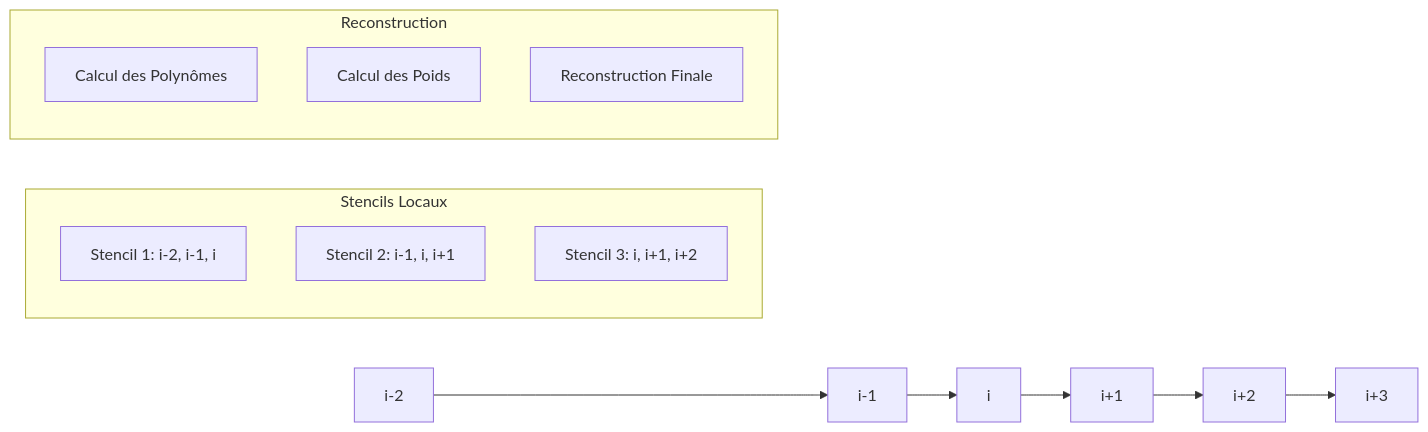
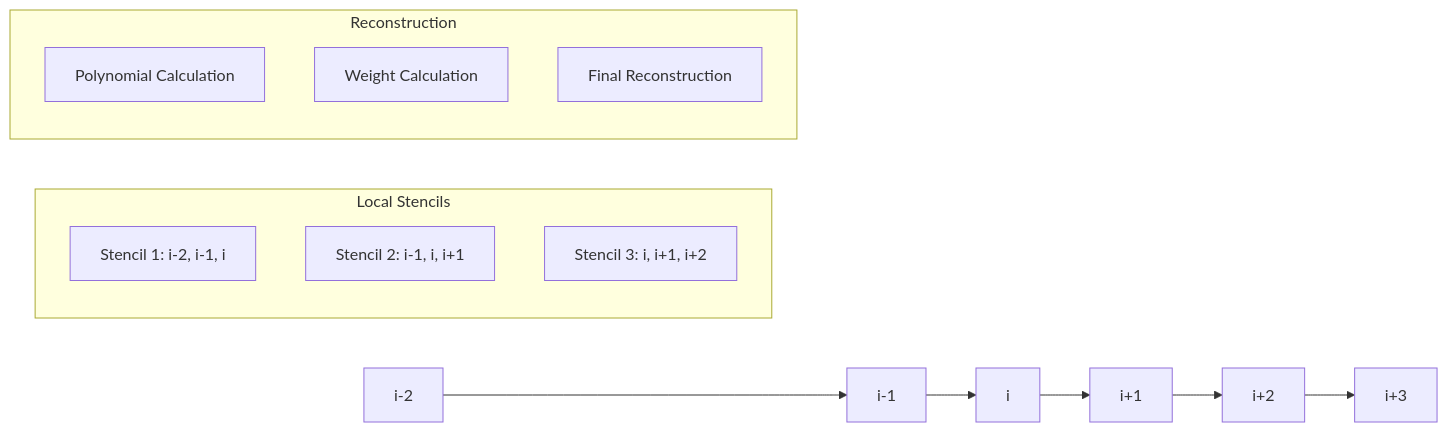
The fourth of 19 diagrams in docs/numerical_schemes.md (sbstndb/samurai), drawn with Mermaid before and after one commit. The commit also changed other lines of this file and 8 other files, not shown here.

````diff
--- a/docs/numerical_schemes.md
+++ b/docs/numerical_schemes.md
@@ -119,16 +119,16 @@
 ```mermaid
 graph LR
     A[i-2] --> B[i-1] --> C[i] --> D[i+1] --> E[i+2] --> F[i+3]
     
-    subgraph "Stencils Locaux"
+    subgraph "Local Stencils"
         G[Stencil 1: i-2, i-1, i]
         H[Stencil 2: i-1, i, i+1]
         I[Stencil 3: i, i+1, i+2]
     end
     
     subgraph "Reconstruction"
-        J[Calcul des Polynômes]
-        K[Calcul des Poids]
-        L[Reconstruction Finale]
+        J[Polynomial Calculation]
+        K[Weight Calculation]
+        L[Final Reconstruction]
     end
 ```
````
